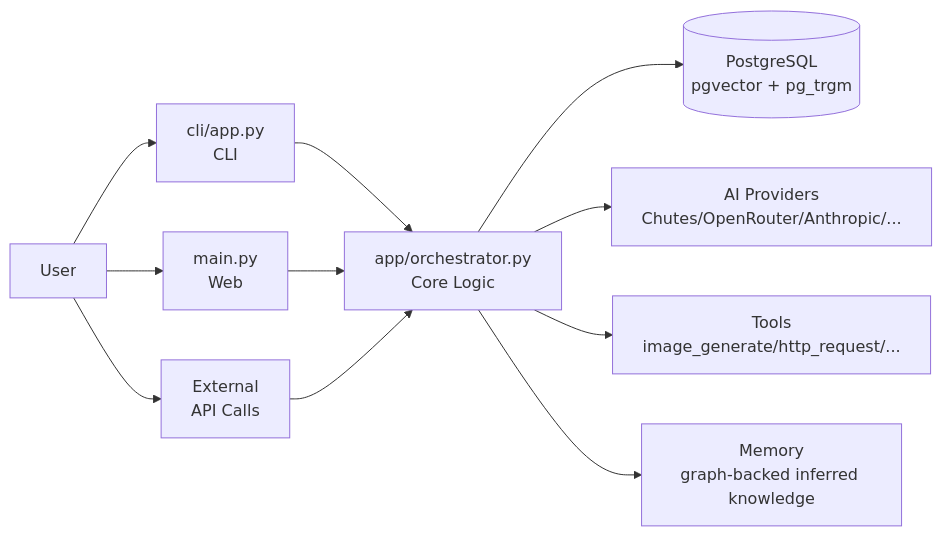
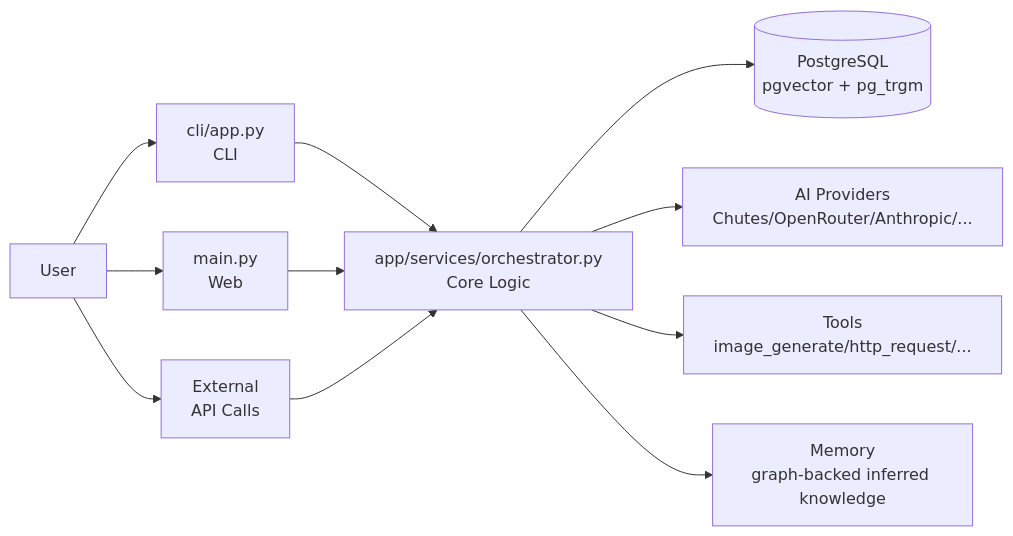
One commit to icedeyes12/yuzu-core changed the first of 7 diagrams in app/README.md. Above: the diagram before and after it, drawn with Mermaid. The commit also changed other lines of this file and 48 other files, not shown here.

````diff
--- a/app/README.md
+++ b/app/README.md
@@ -44,15 +44,15 @@
 ```mermaid
 graph LR
     A[User] --> B[cli/app.py<br/>CLI]
     A --> C[main.py<br/>Web]
     A --> D[External<br/>API Calls]
 
-    B --> E[app/orchestrator.py<br/>Core Logic]
+    B --> E[app/services/orchestrator.py<br/>Core Logic]
     C --> E
     D --> E
 
     E --> F[(PostgreSQL<br/>pgvector + pg_trgm)]
     E --> G[AI Providers<br/>Chutes/OpenRouter/Anthropic/...]
     E --> H[Tools<br/>image_generate/http_request/...]
     E --> I[Memory<br/>graph-backed inferred knowledge]
 ```
````
